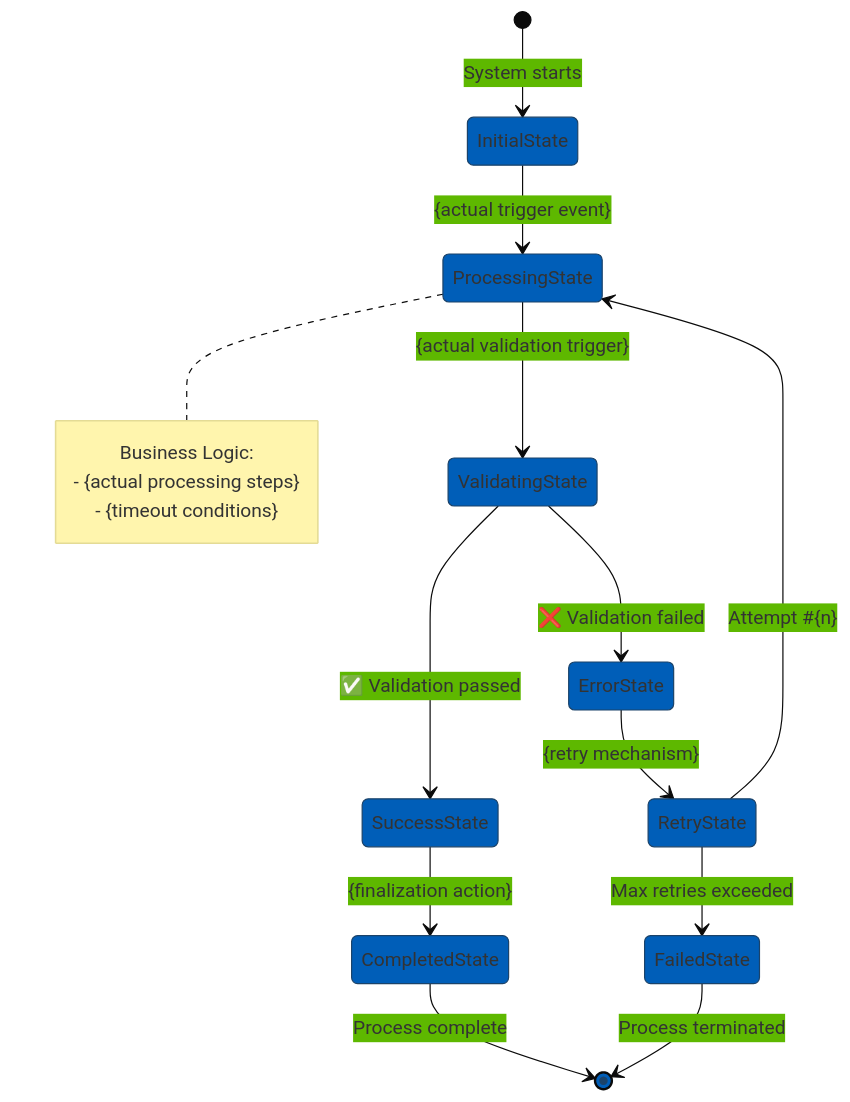
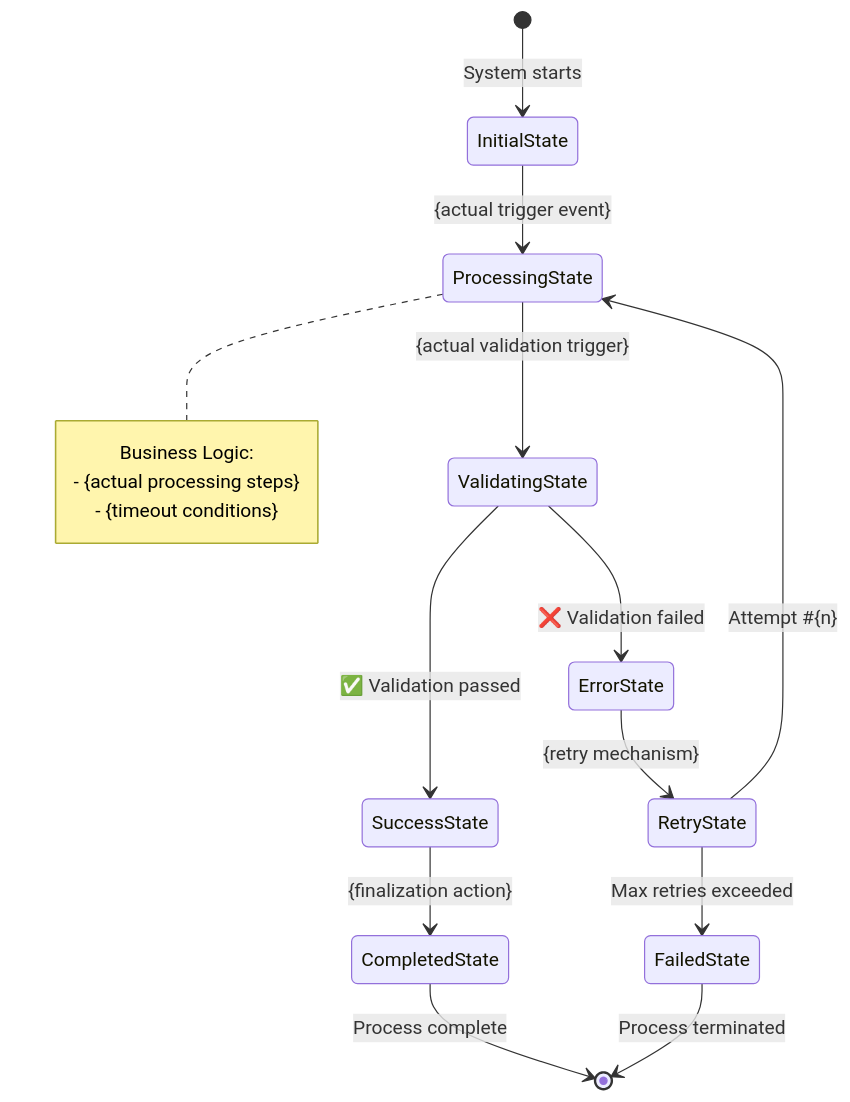
The seventh of 7 diagrams in .github/agents/document_metlife_format_project.agent.md (andresveraf/Prompts_collection), drawn with Mermaid before and after one commit. The commit also changed other lines of this file and 12 other files, not shown here.

````diff
--- a/.github/agents/document_metlife_format_project.agent.md
+++ b/.github/agents/document_metlife_format_project.agent.md
@@ -476,25 +783,25 @@
 ```mermaid
-%%{init: {'theme':'base', 'themeVariables': {'primaryColor':'#005EB8','tertiaryColor':'#00A758'}}}%%
 stateDiagram-v2
+    %% NO %%{init:...}%% directive - use global mermaid.initialize() instead
     [*] --> InitialState: System starts
     
     InitialState --> ProcessingState: {actual trigger event}
     ProcessingState --> ValidatingState: {actual validation trigger}
     
     ValidatingState --> SuccessState: ✅ Validation passed
     ValidatingState --> ErrorState: ❌ Validation failed
     
     ErrorState --> RetryState: {retry mechanism}
     RetryState --> ProcessingState: Attempt #{n}
     RetryState --> FailedState: Max retries exceeded
     
     SuccessState --> CompletedState: {finalization action}
     CompletedState --> [*]: Process complete
     FailedState --> [*]: Process terminated
     
     note right of ProcessingState
         Business Logic:
         - {actual processing steps}
         - {timeout conditions}
     end note
 ```
````
